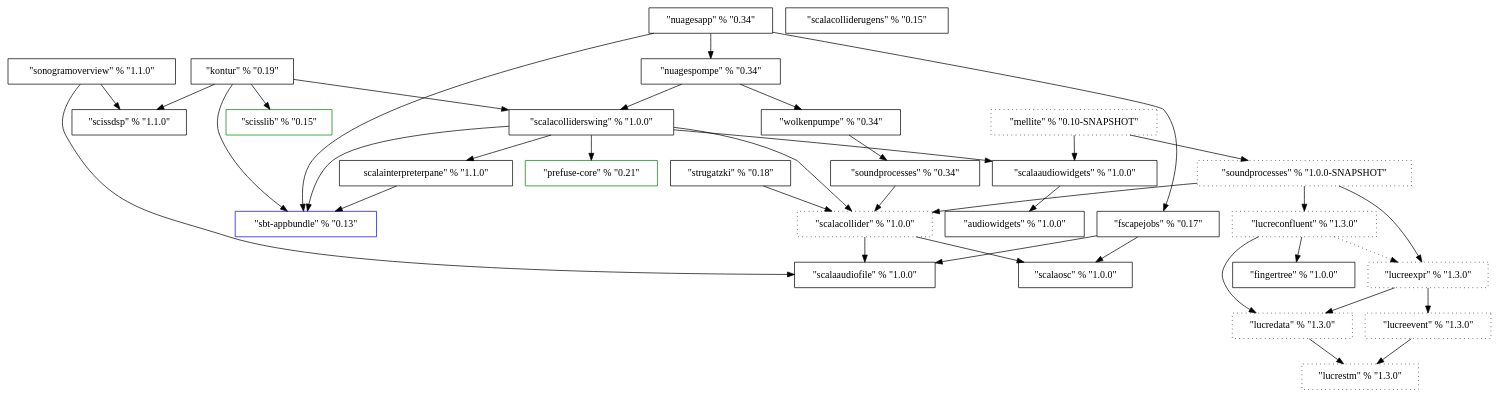
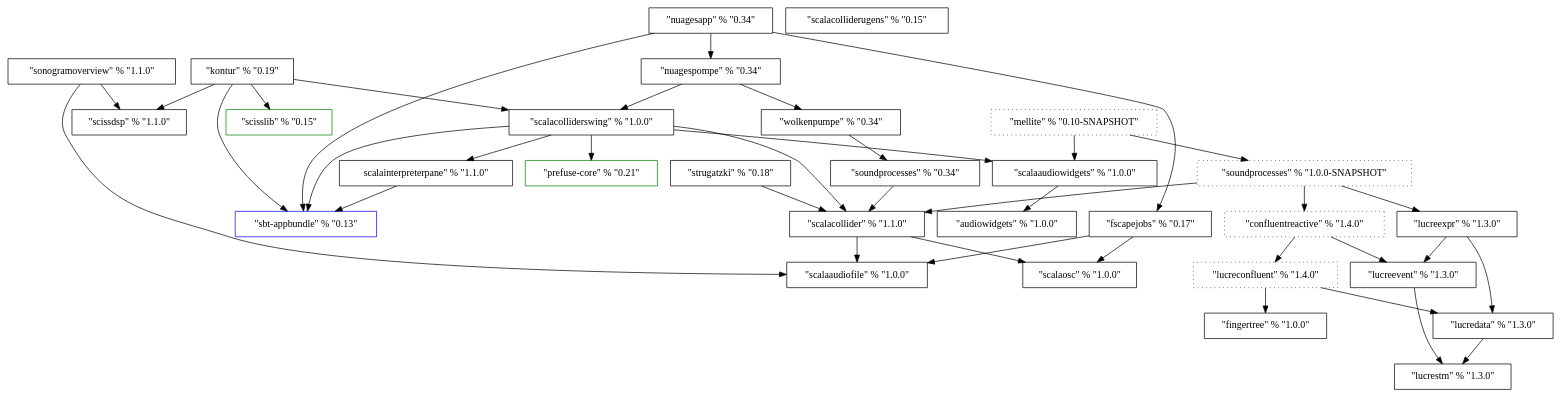
One commit to Sciss/HistoricalCode changed the diagram in ProjectDependencies/dep.dot. Above: the diagram before and after it, drawn with Graphviz.

```diff
--- a/ProjectDependencies/dep.dot
+++ b/ProjectDependencies/dep.dot
@@ -1,68 +1,71 @@
 digraph G {
 	ScalaOSC [label="\"scalaosc\" % \"1.0.0\"", shape=box];
 	ScalaAudioFile [label="\"scalaaudiofile\" % \"1.0.0\"", shape=box];
 	FScapeJobs [label="\"fscapejobs\" % \"0.17\"", shape=box];
 	AudioWidgets [label="\"audiowidgets\" % \"1.0.0\"", shape=box];
 	ScalaAudioWidgets [label="\"scalaaudiowidgets\" % \"1.0.0\"", shape=box];
 	SbtAppbundle [label="\"sbt-appbundle\" % \"0.13\"", shape=Box, color=blue];
 	ScissDSP [label="\"scissdsp\" % \"1.1.0\"", shape=Box];
 	SonogramOverview [label="\"sonogramoverview\" % \"1.1.0\"", shape=Box];
-	ScalaCollider [label="\"scalacollider\" % \"1.0.0\"", shape=Box, style=dotted];
+	ScalaCollider [label="\"scalacollider\" % \"1.1.0\"", shape=Box];
 	Strugatzki [label="\"strugatzki\" % \"0.18\"", shape=Box];
 	ScalaInterpreterPane [label="\scalainterpreterpane\" % \"1.1.0\"", shape=Box];
 	PrefuseCore [label="\"prefuse-core\" % \"0.21\"", shape=Box, color=green];
 	ScalaColliderSwing [label="\"scalacolliderswing\" % \"1.0.0\"", shape=Box];
 	SoundProcesses [label="\"soundprocesses\" % \"0.34\"", shape=Box];
 	Wolkenpumpe [label="\"wolkenpumpe\" % \"0.34\"", shape=Box];
 	NuagesPompe [label="\"nuagespompe\" % \"0.34\"", shape=Box];
 	NuagesApp [label="\"nuagesapp\" % \"0.34\"", shape=Box];
 	ScissLib [label="\"scisslib\" % \"0.15\"", shape=Box, color=green];
 	Kontur [label="\"kontur\" % \"0.19\"", shape=Box];
 	FingerTree [label="\"fingertree\" % \"1.0.0\"", shape=Box];
 	ScalaColliderUGens [label="\"scalacolliderugens\" % \"0.15\"", shape=Box];
-	LucreSTM [label="\"lucrestm\" % \"1.3.0\"", shape=Box, style=dotted];
-	LucreEvent [label="\"lucreevent\" % \"1.3.0\"", shape=Box, style=dotted];
-	LucreData [label="\"lucredata\" % \"1.3.0\"", shape=Box, style=dotted];
-	LucreExpr [label="\"lucreexpr\" % \"1.3.0\"", shape=Box, style=dotted];
-	LucreConfluent [label="\"lucreconfluent\" % \"1.3.0\"", shape=Box, style=dotted];
+	LucreSTM [label="\"lucrestm\" % \"1.3.0\"", shape=Box];
+	LucreEvent [label="\"lucreevent\" % \"1.3.0\"", shape=Box];
+	LucreData [label="\"lucredata\" % \"1.3.0\"", shape=Box];
+	LucreExpr [label="\"lucreexpr\" % \"1.3.0\"", shape=Box];
+	LucreConfluent [label="\"lucreconfluent\" % \"1.4.0\"", shape=Box, style=dotted];
+	ConfluentReactive [label="\"confluentreactive\" % \"1.4.0\"", shape=Box, style=dotted];
 	SoundProcesses3 [label="\"soundprocesses\" % \"1.0.0-SNAPSHOT\"", shape=Box, style=dotted];
 	Mellite [label="\"mellite\" % \"0.10-SNAPSHOT\"", shape=Box, style=dotted];
 	
 	FScapeJobs -> ScalaOSC;
 	FScapeJobs -> ScalaAudioFile;
 	ScalaAudioWidgets -> AudioWidgets;
 	SonogramOverview -> ScalaAudioFile;
 	SonogramOverview -> ScissDSP;
 	ScalaCollider -> ScalaOSC;
 	ScalaCollider -> ScalaAudioFile;
 	Strugatzki -> ScalaCollider;
 	ScalaInterpreterPane -> SbtAppbundle;
 	ScalaColliderSwing -> SbtAppbundle;
 	ScalaColliderSwing -> ScalaCollider;
 	ScalaColliderSwing -> ScalaInterpreterPane;
 	ScalaColliderSwing -> PrefuseCore;
 	ScalaColliderSwing -> ScalaAudioWidgets;
 	SoundProcesses -> ScalaCollider;
 	Wolkenpumpe -> SoundProcesses;
 	NuagesPompe -> Wolkenpumpe;
 	NuagesPompe -> ScalaColliderSwing;
 	NuagesApp -> SbtAppbundle;
 	NuagesApp -> NuagesPompe;
 	NuagesApp -> FScapeJobs;
 	Kontur -> SbtAppbundle;
 	Kontur -> ScalaColliderSwing;
 	Kontur -> ScissDSP;
 	Kontur -> ScissLib;
 	LucreEvent -> LucreSTM;
 	LucreData -> LucreSTM;
    LucreExpr -> LucreData;
    LucreExpr -> LucreEvent;
 	LucreConfluent -> FingerTree;
 	LucreConfluent -> LucreData;
-	LucreConfluent -> LucreExpr [style=dotted];
+//	LucreConfluent -> LucreExpr [style=dotted];
+	ConfluentReactive -> LucreConfluent;
+	ConfluentReactive -> LucreEvent;
 	SoundProcesses3 -> ScalaCollider;
-	SoundProcesses3 -> LucreConfluent;
+	SoundProcesses3 -> ConfluentReactive;
 	SoundProcesses3 -> LucreExpr;
 	Mellite -> SoundProcesses3;
 	Mellite -> ScalaAudioWidgets;
 }
```
